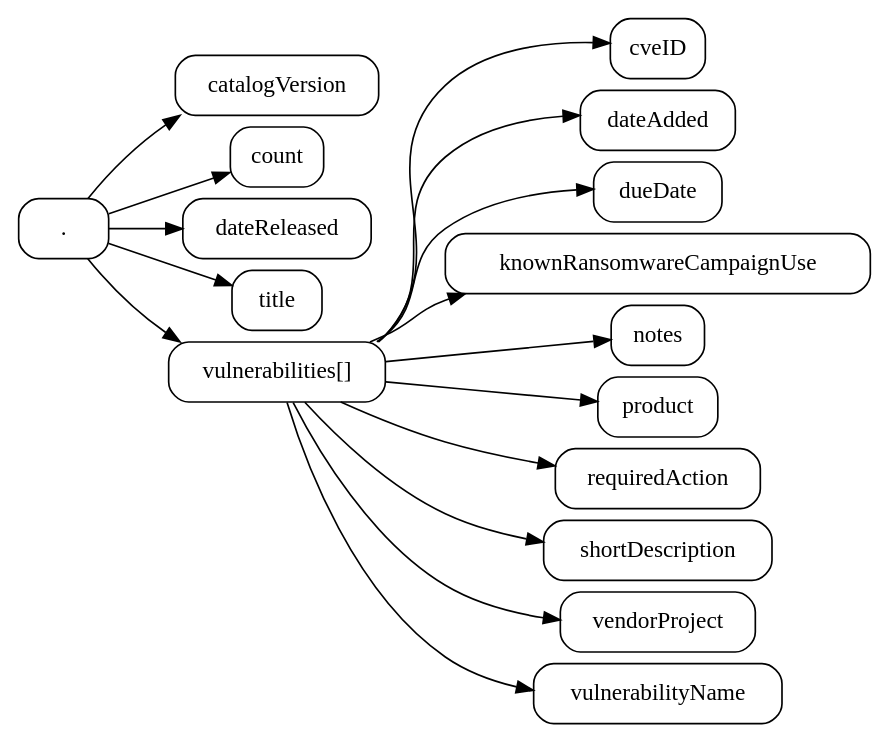
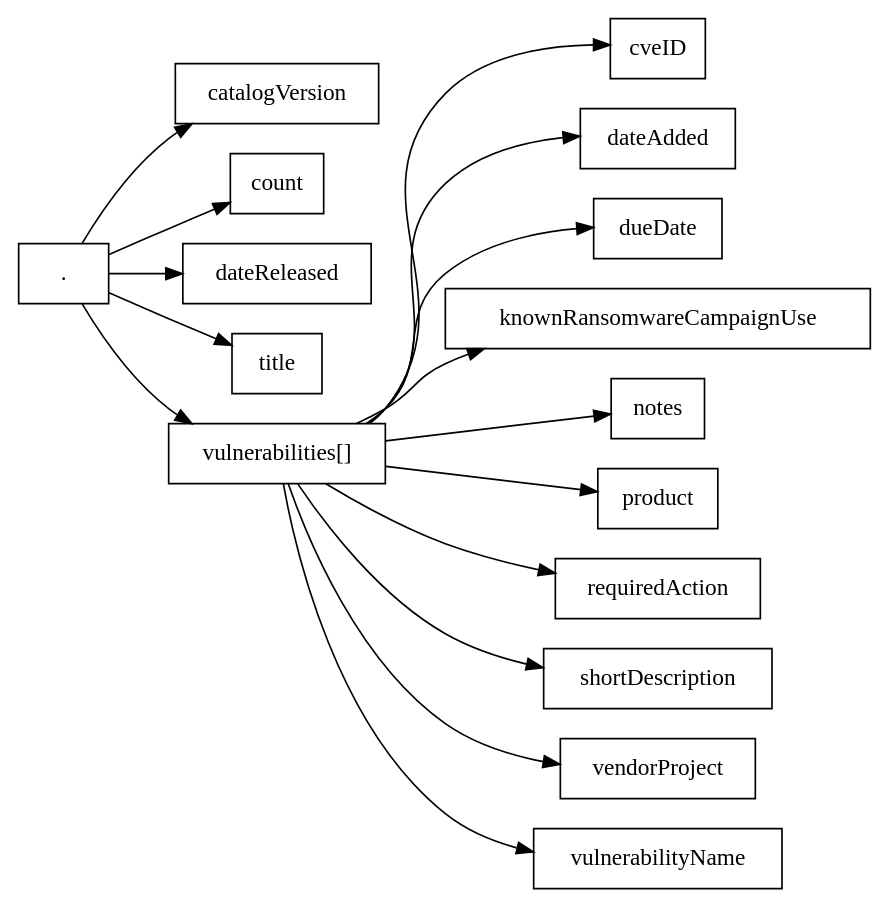
One commit to whitfieldsdad/json-kit changed the diagram in examples/cisa-kev/known_exploited_vulnerabilities.dot. Above: the diagram before and after it, drawn with Graphviz. The commit also changed 117 other files, not shown here.

```diff
--- a/examples/cisa-kev/known_exploited_vulnerabilities.dot
+++ b/examples/cisa-kev/known_exploited_vulnerabilities.dot
@@ -1,41 +1,39 @@
 digraph G {
-    node [shape=box, style=rounded]
-    layout=dot
-    rankdir=LR
-    splines=true
-    ranksep=0.5
-    nodesep=0.1
+    node [shape=box];
+    edge [dir=forward];
+    rankdir=LR;
 
-    "catalogVersion"
-    "."
-    "count"
-    "dateReleased"
-    "title"
-    "vulnerabilities[]"
-    "vulnerabilities[].cveID" [label="cveID"]
-    "vulnerabilities[].dateAdded" [label="dateAdded"]
-    "vulnerabilities[].dueDate" [label="dueDate"]
-    "vulnerabilities[].knownRansomwareCampaignUse" [label="knownRansomwareCampaignUse"]
-    "vulnerabilities[].notes" [label="notes"]
-    "vulnerabilities[].product" [label="product"]
-    "vulnerabilities[].requiredAction" [label="requiredAction"]
-    "vulnerabilities[].shortDescription" [label="shortDescription"]
-    "vulnerabilities[].vendorProject" [label="vendorProject"]
-    "vulnerabilities[].vulnerabilityName" [label="vulnerabilityName"]
+    "2eed7e6e-4f20-4f68-9038-c56d73e16dab" [label="."];
+    "catalogVersion" [label="catalogVersion"];
+    "count" [label="count"];
+    "dateReleased" [label="dateReleased"];
+    "title" [label="title"];
+    "vulnerabilities[]" [label="vulnerabilities[]"];
+    "vulnerabilities[].cveID" [label="cveID"];
+    "vulnerabilities[].dateAdded" [label="dateAdded"];
+    "vulnerabilities[].dueDate" [label="dueDate"];
+    "vulnerabilities[].knownRansomwareCampaignUse" [label="knownRansomwareCampaignUse"];
+    "vulnerabilities[].notes" [label="notes"];
+    "vulnerabilities[].product" [label="product"];
+    "vulnerabilities[].requiredAction" [label="requiredAction"];
+    "vulnerabilities[].shortDescription" [label="shortDescription"];
+    "vulnerabilities[].vendorProject" [label="vendorProject"];
+    "vulnerabilities[].vulnerabilityName" [label="vulnerabilityName"];
 
-    "." -> "catalogVersion"
-    "." -> "count"
-    "." -> "dateReleased"
-    "." -> "title"
-    "." -> "vulnerabilities[]"
-    "vulnerabilities[]" -> "vulnerabilities[].cveID"
-    "vulnerabilities[]" -> "vulnerabilities[].dateAdded"
-    "vulnerabilities[]" -> "vulnerabilities[].dueDate"
-    "vulnerabilities[]" -> "vulnerabilities[].knownRansomwareCampaignUse"
-    "vulnerabilities[]" -> "vulnerabilities[].notes"
-    "vulnerabilities[]" -> "vulnerabilities[].product"
-    "vulnerabilities[]" -> "vulnerabilities[].requiredAction"
-    "vulnerabilities[]" -> "vulnerabilities[].shortDescription"
-    "vulnerabilities[]" -> "vulnerabilities[].vendorProject"
-    "vulnerabilities[]" -> "vulnerabilities[].vulnerabilityName"
+    "2eed7e6e-4f20-4f68-9038-c56d73e16dab" -> "catalogVersion";
+    "2eed7e6e-4f20-4f68-9038-c56d73e16dab" -> "count";
+    "2eed7e6e-4f20-4f68-9038-c56d73e16dab" -> "dateReleased";
+    "2eed7e6e-4f20-4f68-9038-c56d73e16dab" -> "title";
+    "2eed7e6e-4f20-4f68-9038-c56d73e16dab" -> "vulnerabilities[]";
+
+    "vulnerabilities[]" -> "vulnerabilities[].cveID";
+    "vulnerabilities[]" -> "vulnerabilities[].dateAdded";
+    "vulnerabilities[]" -> "vulnerabilities[].dueDate";
+    "vulnerabilities[]" -> "vulnerabilities[].knownRansomwareCampaignUse";
+    "vulnerabilities[]" -> "vulnerabilities[].notes";
+    "vulnerabilities[]" -> "vulnerabilities[].product";
+    "vulnerabilities[]" -> "vulnerabilities[].requiredAction";
+    "vulnerabilities[]" -> "vulnerabilities[].shortDescription";
+    "vulnerabilities[]" -> "vulnerabilities[].vendorProject";
+    "vulnerabilities[]" -> "vulnerabilities[].vulnerabilityName";
 }
```
